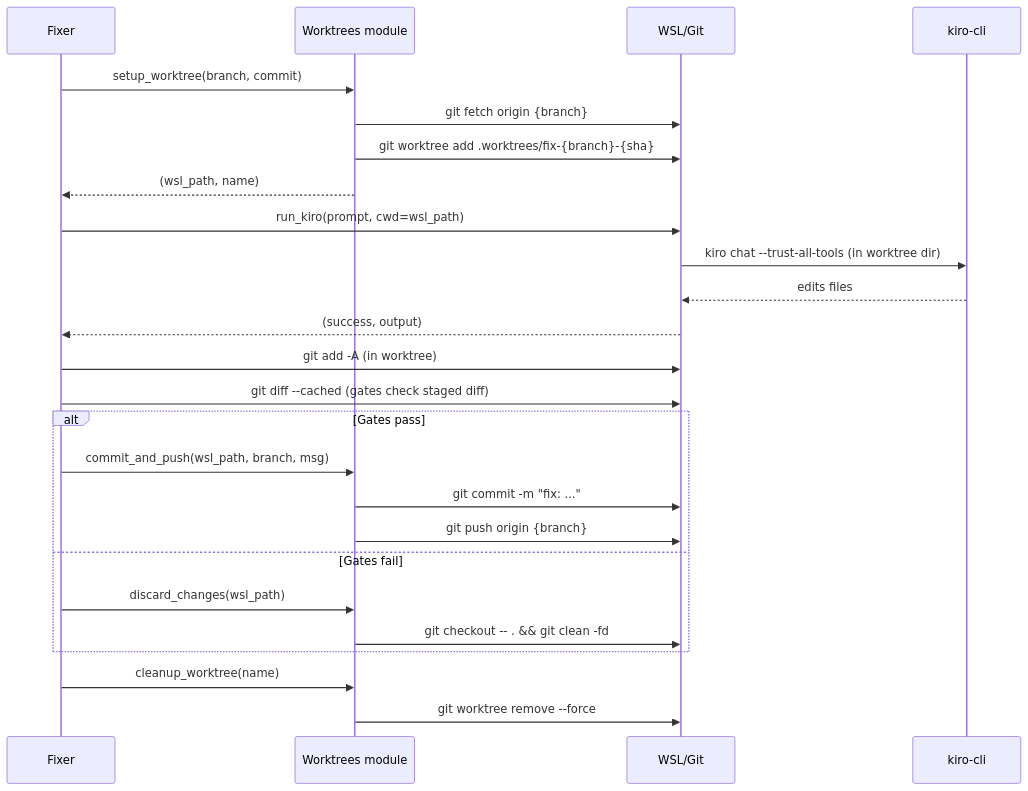
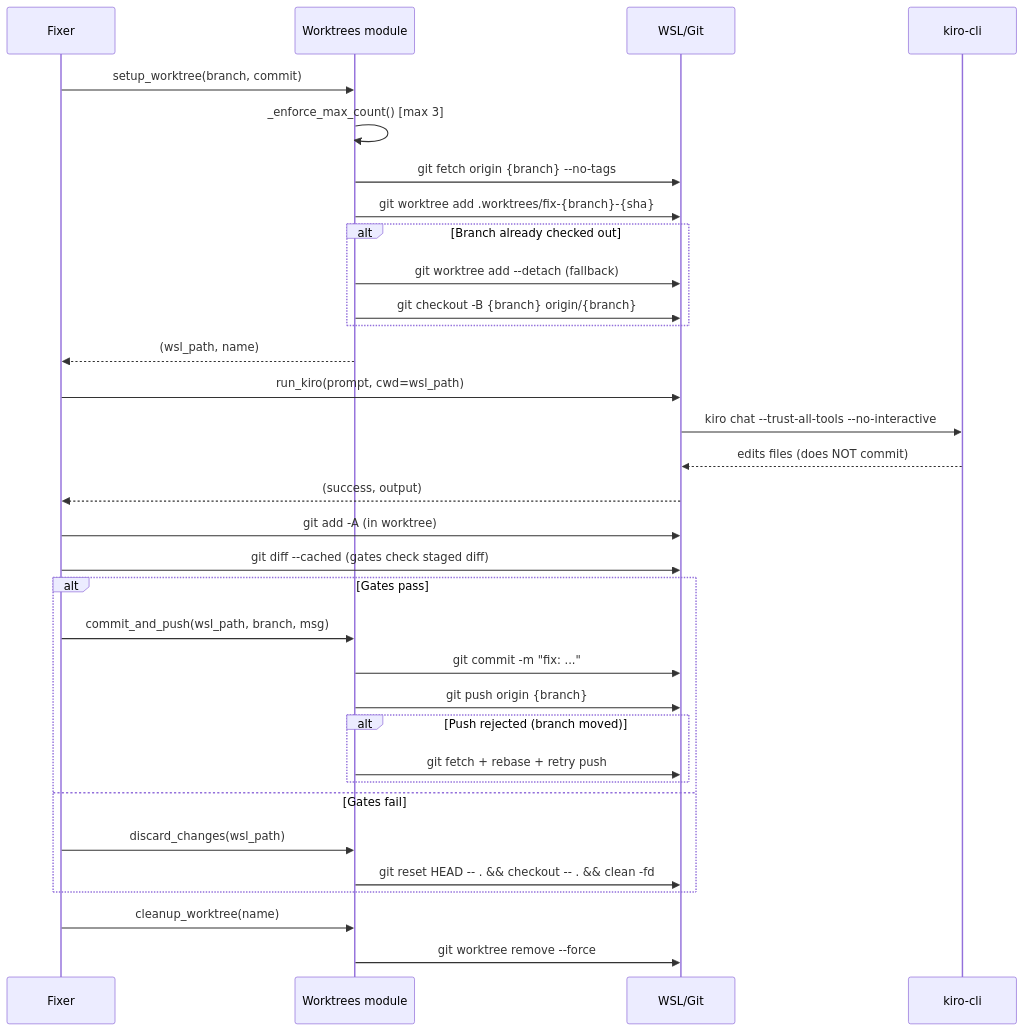
Before and after one commit to perezjoseph/Gestion-inmobiliaria: the fourth of 11 diagrams in scripts/quality_webhook/Architecture.md, drawn with Mermaid. The commit also changed other lines of this file and 6 other files, not shown here.

````diff
--- a/scripts/quality_webhook/Architecture.md
+++ b/scripts/quality_webhook/Architecture.md
@@ -130,32 +171,40 @@
 ```mermaid
 sequenceDiagram
     participant F as Fixer
     participant W as Worktrees module
     participant WSL as WSL/Git
     participant K as kiro-cli
 
     F->>W: setup_worktree(branch, commit)
-    W->>WSL: git fetch origin {branch}
+    W->>W: _enforce_max_count() [max 3]
+    W->>WSL: git fetch origin {branch} --no-tags
     W->>WSL: git worktree add .worktrees/fix-{branch}-{sha}
+    alt Branch already checked out
+        W->>WSL: git worktree add --detach (fallback)
+        W->>WSL: git checkout -B {branch} origin/{branch}
+    end
     W-->>F: (wsl_path, name)
 
     F->>WSL: run_kiro(prompt, cwd=wsl_path)
-    WSL->>K: kiro chat --trust-all-tools (in worktree dir)
-    K-->>WSL: edits files
+    WSL->>K: kiro chat --trust-all-tools --no-interactive
+    K-->>WSL: edits files (does NOT commit)
     WSL-->>F: (success, output)
 
     F->>WSL: git add -A (in worktree)
     F->>WSL: git diff --cached (gates check staged diff)
 
     alt Gates pass
         F->>W: commit_and_push(wsl_path, branch, msg)
         W->>WSL: git commit -m "fix: ..."
         W->>WSL: git push origin {branch}
+        alt Push rejected (branch moved)
+            W->>WSL: git fetch + rebase + retry push
+        end
     else Gates fail
         F->>W: discard_changes(wsl_path)
-        W->>WSL: git checkout -- . && git clean -fd
+        W->>WSL: git reset HEAD -- . && checkout -- . && clean -fd
     end
 
     F->>W: cleanup_worktree(name)
     W->>WSL: git worktree remove --force
 ```
````
